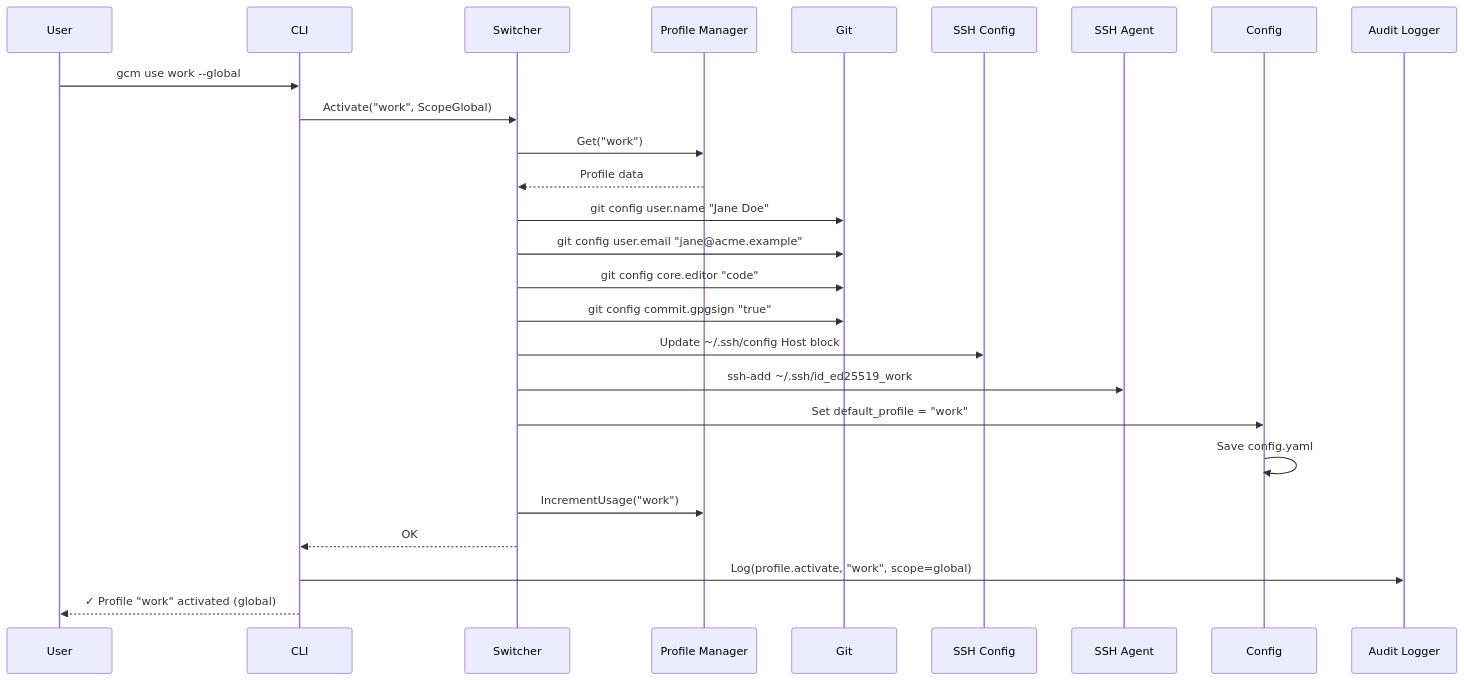
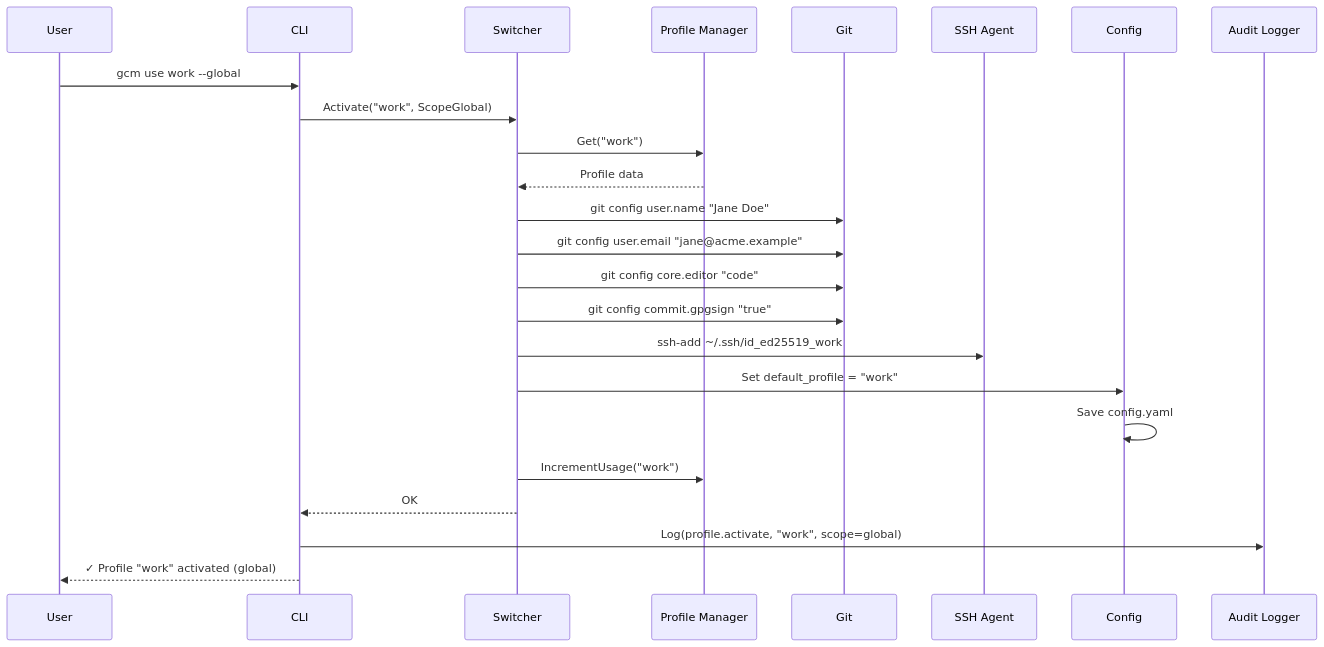
One commit to sijunda/github-config-manager changed the third of 15 diagrams in docs/data-flow.md. Above: the diagram before and after it, drawn with Mermaid. The commit also changed other lines of this file and 10 other files, not shown here.

````diff
--- a/docs/data-flow.md
+++ b/docs/data-flow.md
@@ -70,33 +70,31 @@
 ```mermaid
 sequenceDiagram
     participant User
     participant CLI
     participant Switcher
     participant ProfileMgr as Profile Manager
     participant Git
-    participant SSH as SSH Config
     participant Agent as SSH Agent
     participant Config
     participant AuditLog as Audit Logger
 
     User->>CLI: gcm use work --global
     CLI->>Switcher: Activate("work", ScopeGlobal)
     Switcher->>ProfileMgr: Get("work")
     ProfileMgr-->>Switcher: Profile data
     
     Switcher->>Git: git config user.name "Jane Doe"
     Switcher->>Git: git config user.email "jane@acme.example"
     Switcher->>Git: git config core.editor "code"
     Switcher->>Git: git config commit.gpgsign "true"
     
-    Switcher->>SSH: Update ~/.ssh/config Host block
     Switcher->>Agent: ssh-add ~/.ssh/id_ed25519_work
     
     Switcher->>Config: Set default_profile = "work"
     Config->>Config: Save config.yaml
     
     Switcher->>ProfileMgr: IncrementUsage("work")
     Switcher-->>CLI: OK
     CLI->>AuditLog: Log(profile.activate, "work", scope=global)
     CLI-->>User: ✓ Profile "work" activated (global)
 ```
````
